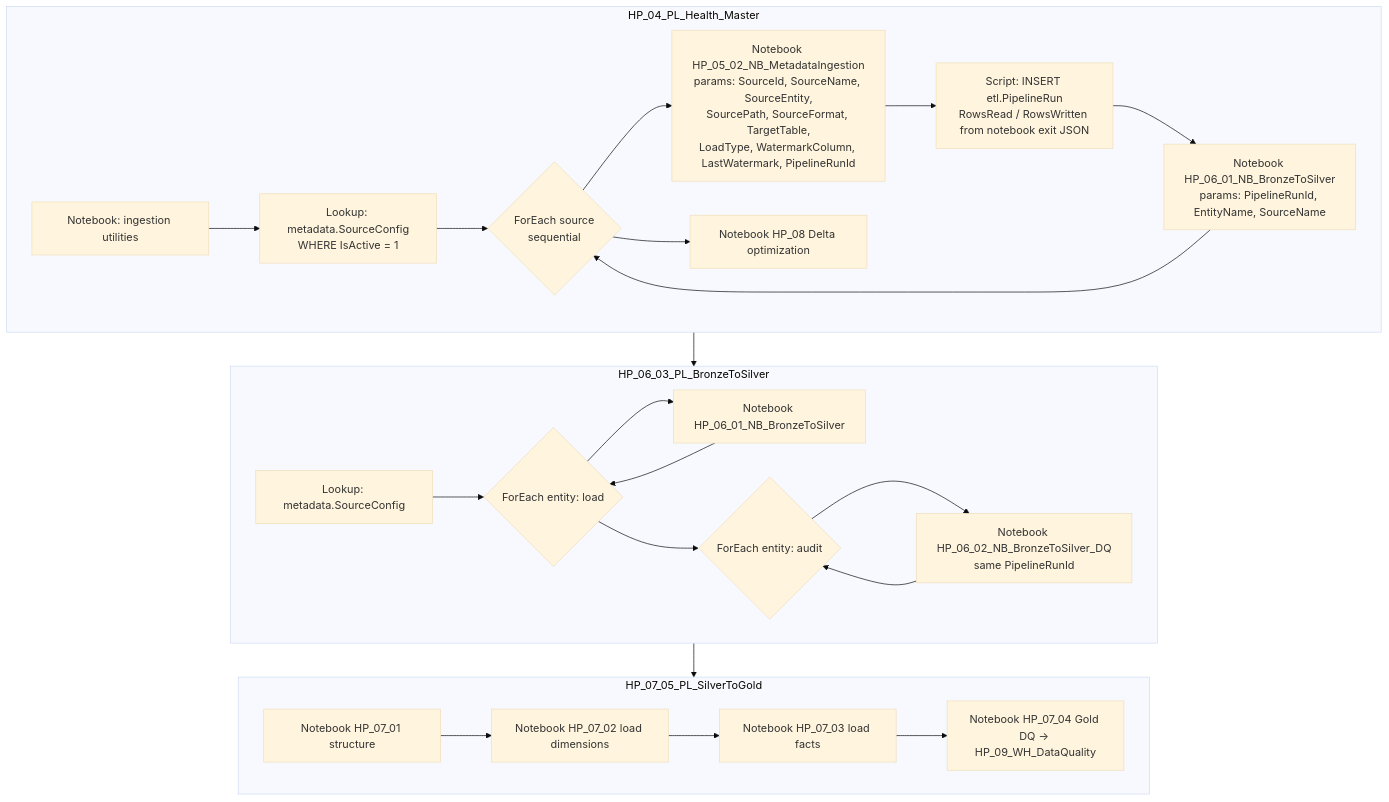
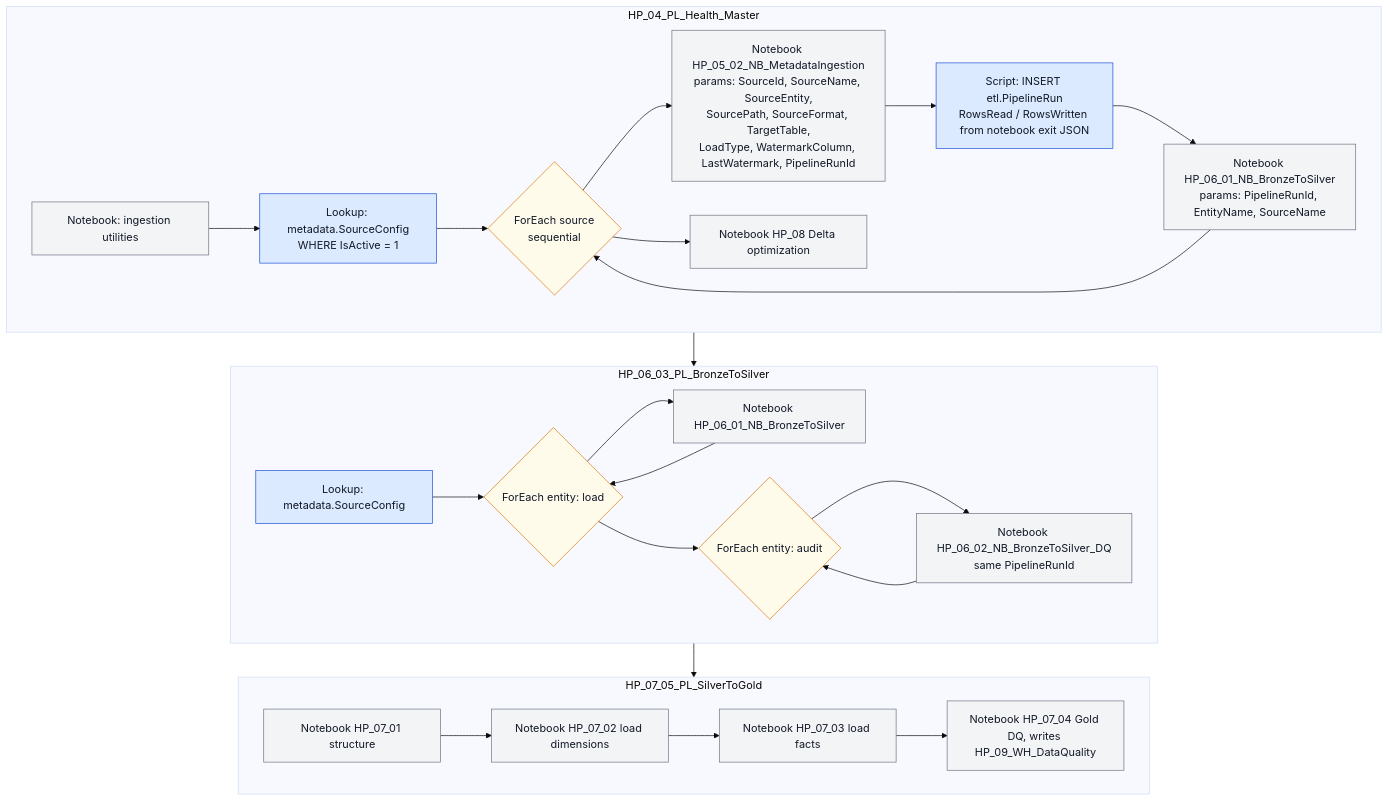
The diagram in architecture/pipeline-orchestration.mmd (hafizmahmudi/healthpulse-fabric-healthcare), drawn with Mermaid (base theme) before and after one commit. The commit also changed 17 other files, not shown here.

```diff
--- a/architecture/pipeline-orchestration.mmd
+++ b/architecture/pipeline-orchestration.mmd
@@ -1,27 +1,34 @@
 flowchart TB
     subgraph M[HP_04_PL_Health_Master]
         M0[Notebook: ingestion utilities] --> M1[Lookup: metadata.SourceConfig<br/>WHERE IsActive = 1]
         M1 --> M2{ForEach source<br/>sequential}
         M2 --> M3["Notebook HP_05_02_NB_MetadataIngestion<br/>params: SourceId, SourceName, SourceEntity,<br/>SourcePath, SourceFormat, TargetTable,<br/>LoadType, WatermarkColumn, LastWatermark, PipelineRunId"]
         M3 --> M4["Script: INSERT etl.PipelineRun<br/>RowsRead / RowsWritten from notebook exit JSON"]
         M4 --> M5["Notebook HP_06_01_NB_BronzeToSilver<br/>params: PipelineRunId, EntityName, SourceName"]
         M5 --> M2
         M2 --> M6[Notebook HP_08 Delta optimization]
     end
 
     subgraph S[HP_06_03_PL_BronzeToSilver]
         S1[Lookup: metadata.SourceConfig] --> S2{ForEach entity: load}
         S2 --> S3[Notebook HP_06_01_NB_BronzeToSilver]
         S3 --> S2
         S2 --> S4{ForEach entity: audit}
         S4 --> S5[Notebook HP_06_02_NB_BronzeToSilver_DQ<br/>same PipelineRunId]
         S5 --> S4
     end
 
     subgraph G[HP_07_05_PL_SilverToGold]
         G1[Notebook HP_07_01 structure] --> G2[Notebook HP_07_02 load dimensions]
         G2 --> G3[Notebook HP_07_03 load facts]
-        G3 --> G4[Notebook HP_07_04 Gold DQ -> HP_09_WH_DataQuality]
+        G3 --> G4[Notebook HP_07_04 Gold DQ, writes HP_09_WH_DataQuality]
     end
 
     M --> S --> G
+
+    classDef code fill:#f3f4f6,stroke:#6b7280,color:#111827
+    classDef control fill:#dbeafe,stroke:#1d4ed8,color:#111827
+    classDef loop fill:#fffbeb,stroke:#d97706,color:#111827
+    class M0,M3,M5,M6,S3,S5,G1,G2,G3,G4 code
+    class M1,M4,S1 control
+    class M2,S2,S4 loop
```
